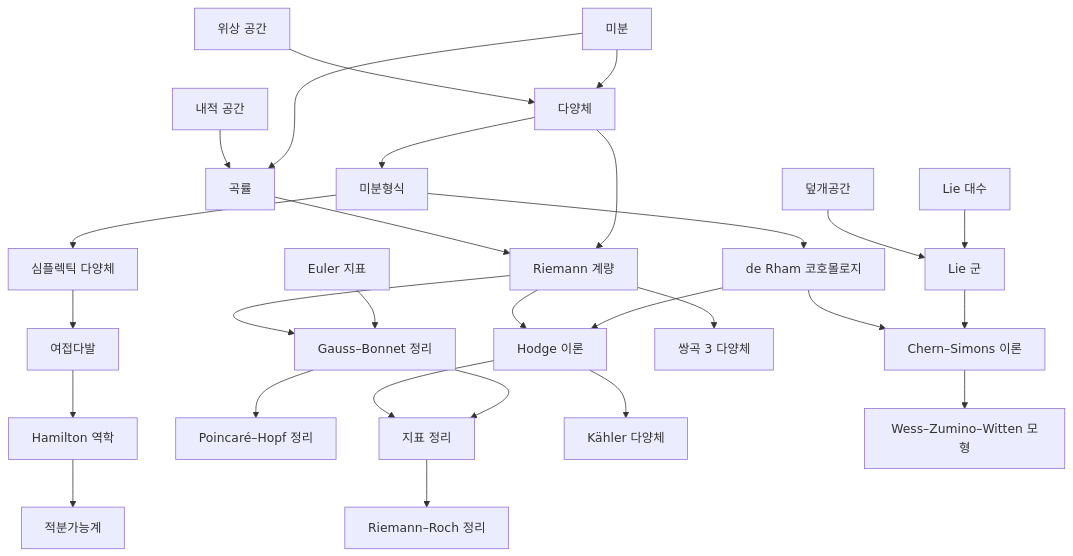
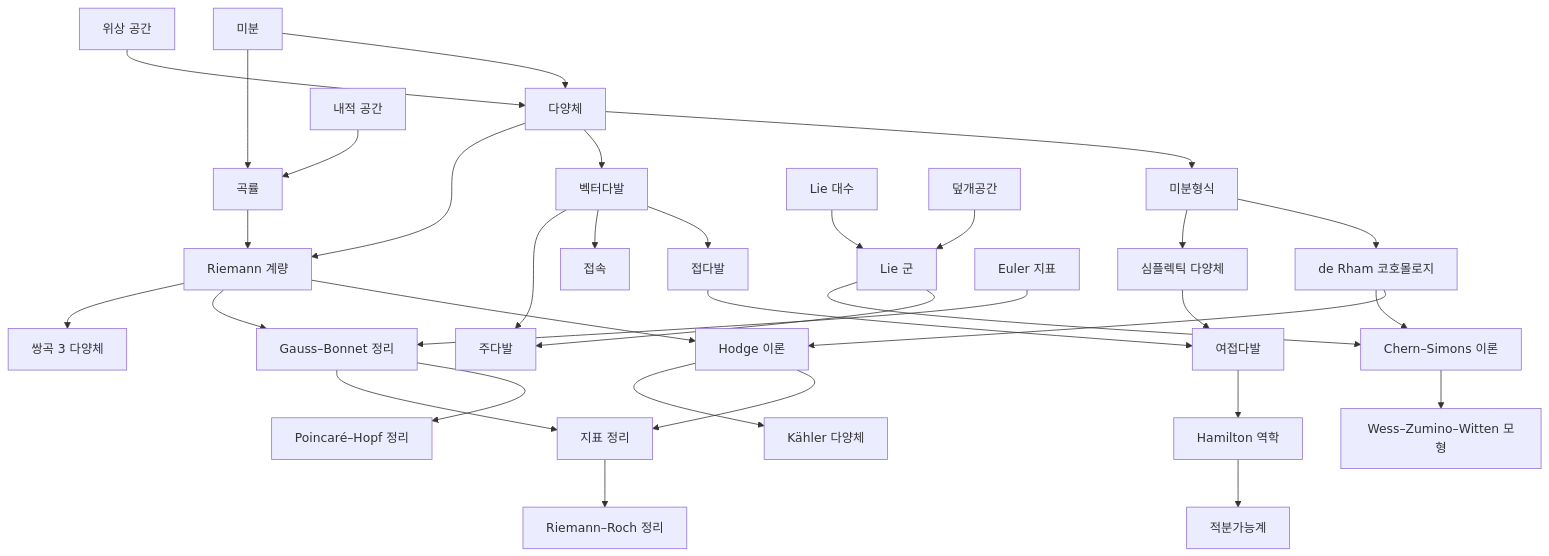
Before and after one commit to Phryxia/math-map: the diagram in docs/differential-geometry-overview.md, drawn with Mermaid. The commit also changed other lines of this file, not shown here.

````diff
--- a/docs/differential-geometry-overview.md
+++ b/docs/differential-geometry-overview.md
@@ -13,30 +13,36 @@
 ```mermaid
 graph TD
   DV["미분"] --> MF["다양체"]
   TP["위상 공간"] --> MF
   DV --> CV["곡률"]
   IP["내적 공간"] --> CV
   MF --> DF["미분형식"]
+  MF --> VB["벡터다발"]
+  VB --> TB["접다발"]
+  VB --> CN["접속"]
+  VB --> PB["주다발"]
   MF --> RM["Riemann 계량"]
   CV --> RM
   DF --> DR["de Rham 코호몰로지"]
   DF --> SY["심플렉틱 다양체"]
   SY --> CT["여접다발"]
+  TB --> CT
   CT --> HM["Hamilton 역학"]
   HM --> IS["적분가능계"]
   DR --> HT["Hodge 이론"]
   RM --> HT
   EC["Euler 지표"] --> GB["Gauss–Bonnet 정리"]
   RM --> GB
   GB --> PH["Poincaré–Hopf 정리"]
   GB --> IX["지표 정리"]
   HT --> IX
   HT --> KM["Kähler 다양체"]
   IX --> RR["Riemann–Roch 정리"]
   RM --> H3["쌍곡 3 다양체"]
   LA["Lie 대수"] --> LG["Lie 군"]
   CS2["덮개공간"] --> LG
+  LG --> PB
   LG --> CS["Chern–Simons 이론"]
   DR --> CS
   CS --> WZ["Wess–Zumino–Witten 모형"]
 ```
````
